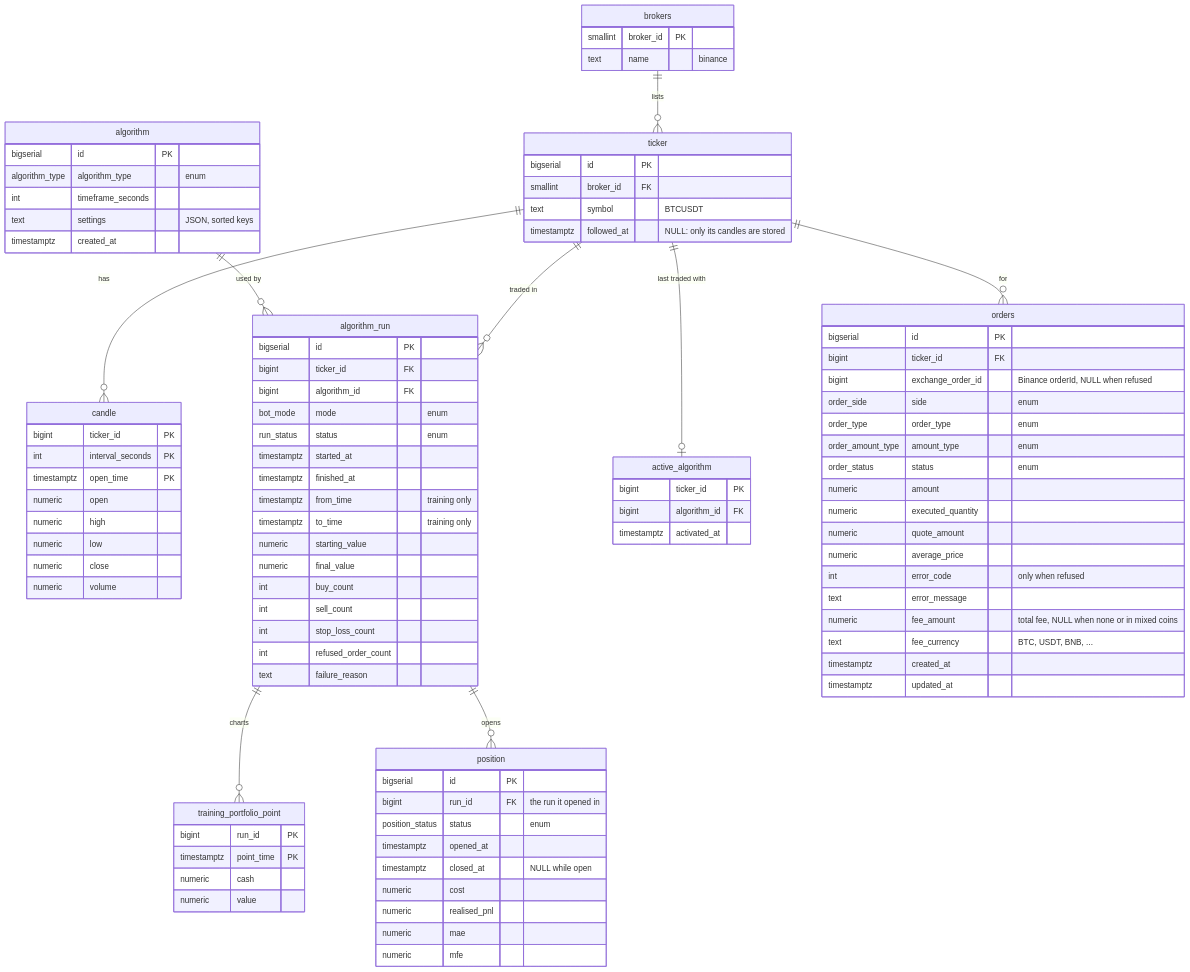
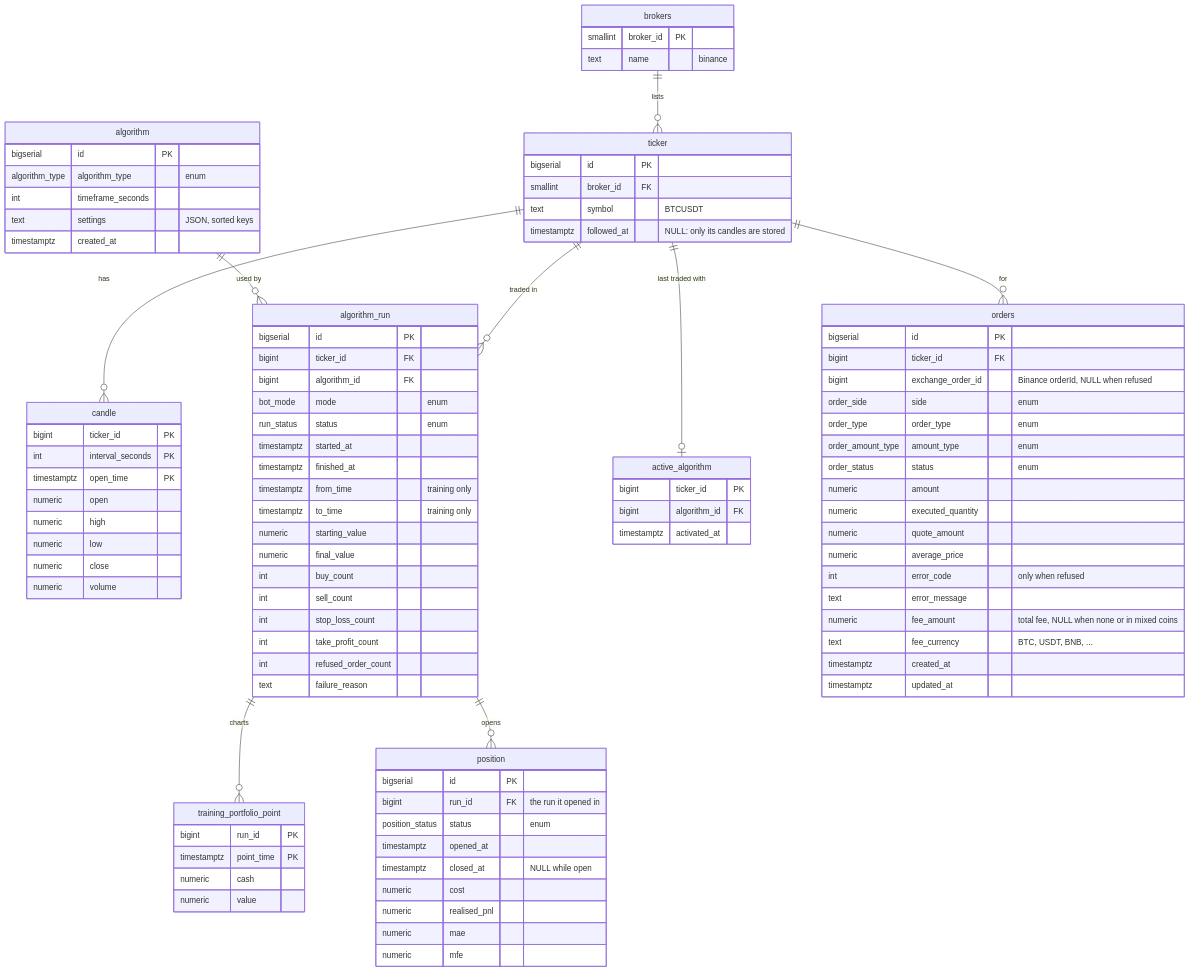
Before and after one commit to ShadowOfDiablo/t212-coding-task: diagram 20 of 31 in docs/ARCHITECTURE.md, drawn with Mermaid. The commit also changed other lines of this file and 71 other files, not shown here.

```diff
--- a/docs/ARCHITECTURE.md
+++ b/docs/ARCHITECTURE.md
@@ -810,6 +810,7 @@
         int buy_count
         int sell_count
         int stop_loss_count
+        int take_profit_count
         int refused_order_count
         text failure_reason
     }
```
